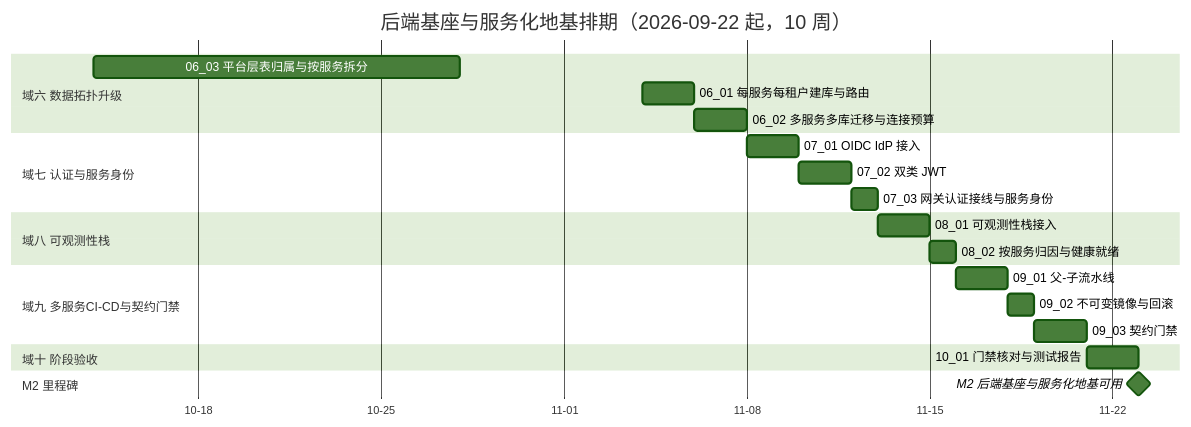
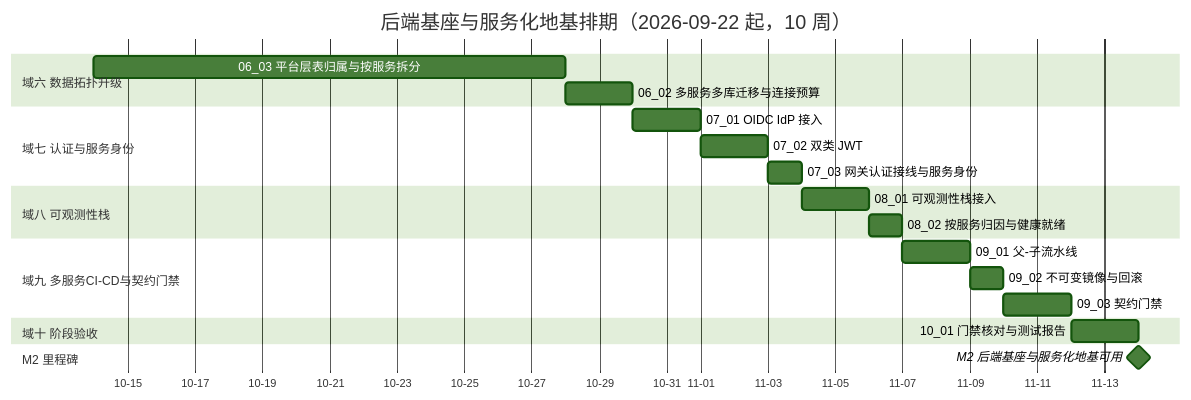
Before and after one commit to minjian123/basic-management-system: the diagram in bms文档/项目/02_后端基座与服务化地基/计划/01_计划_后端基座与服务化地基.md, drawn with Mermaid (forest theme). The commit also changed other lines of this file and 18 other files, not shown here.

````diff
--- a/bms文档/项目/02_后端基座与服务化地基/计划/01_计划_后端基座与服务化地基.md
+++ b/bms文档/项目/02_后端基座与服务化地基/计划/01_计划_后端基座与服务化地基.md
@@ -58,25 +58,24 @@
 ```mermaid
 gantt
     title 后端基座与服务化地基排期（2026-09-22 起，10 周）
     dateFormat  YYYY-MM-DD
     axisFormat %m-%d
     section 域六 数据拓扑升级
     06_03 平台层表归属与按服务拆分 :a0603, 2026-10-14, 14d
-    06_01 每服务每租户建库与路由 :a0601, 2026-11-04, 2d
-    06_02 多服务多库迁移与连接预算 :a0602, after a0601, 2d
+    06_02 多服务多库迁移与连接预算 :a0602, after a0603, 2d
     section 域七 认证与服务身份
     07_01 OIDC IdP 接入 :a0701, after a0602, 2d
     07_02 双类 JWT :a0702, after a0701, 2d
     07_03 网关认证接线与服务身份 :a0703, after a0702, 1d
     section 域八 可观测性栈
     08_01 可观测性栈接入 :a0801, after a0703, 2d
     08_02 按服务归因与健康就绪 :a0802, after a0801, 1d
     section 域九 多服务CI-CD与契约门禁
     09_01 父-子流水线 :a0901, after a0802, 2d
     09_02 不可变镜像与回滚 :a0902, after a0901, 1d
     09_03 契约门禁 :a0903, after a0902, 2d
     section 域十 阶段验收
     10_01 门禁核对与测试报告 :a1001, after a0903, 2d
     section M2 里程碑
     M2 后端基座与服务化地基可用 :milestone, mm2, after a1001, 0d
 ```
````
